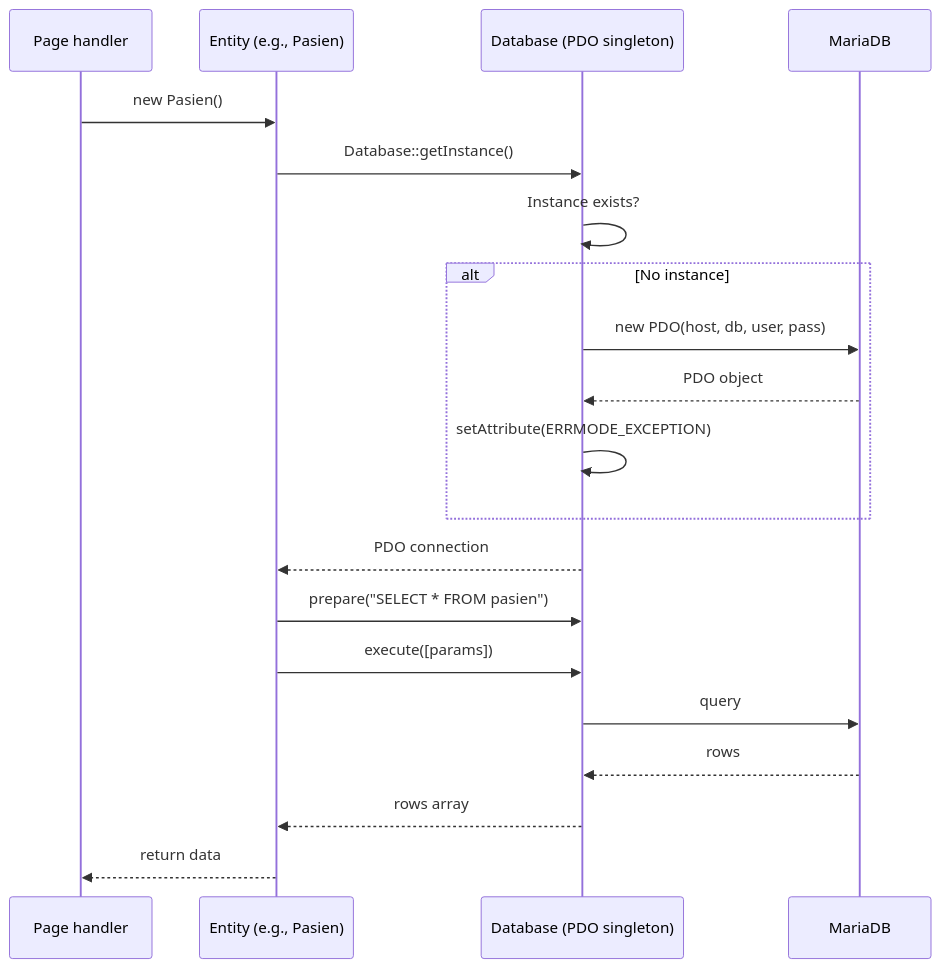
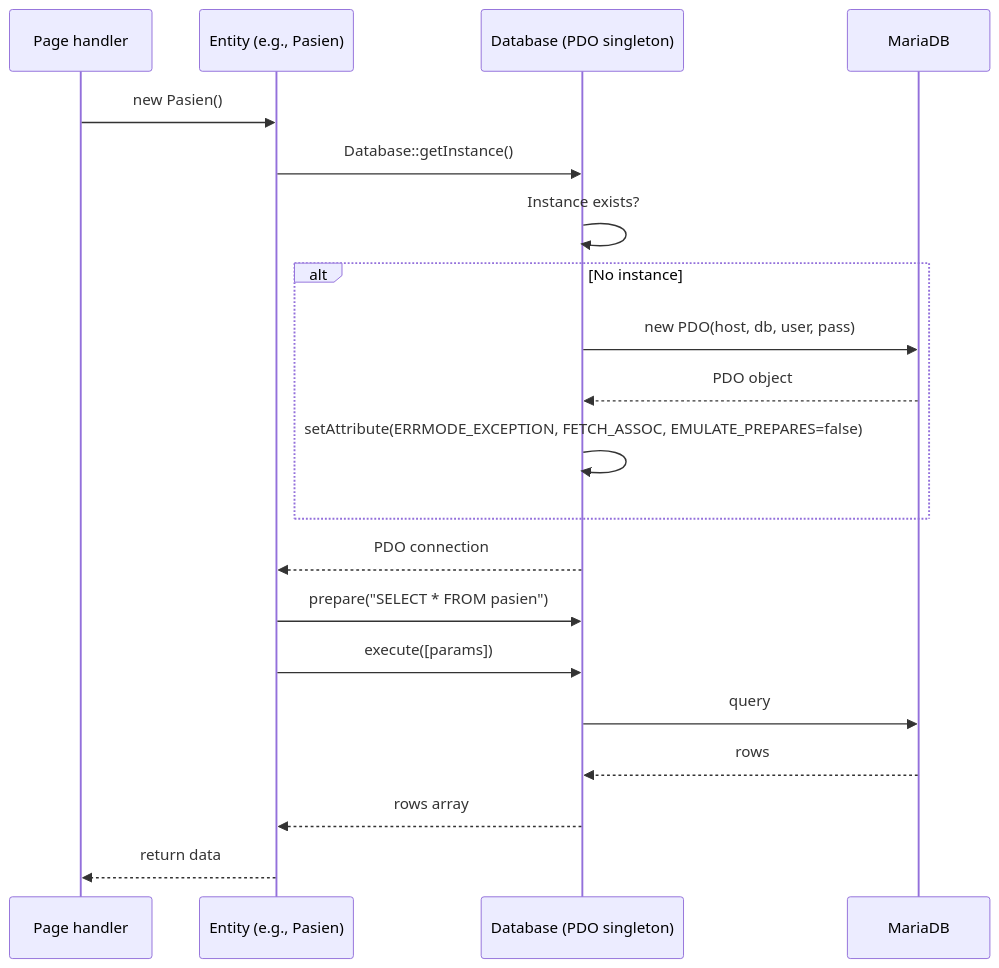
One commit to TudeOrangBiasa/silk-swarakarna-uas changed the second of 2 diagrams in docs/architecture.md. Above: the diagram before and after it, drawn with Mermaid. The commit also changed other lines of this file and 1 other file, not shown here.

First line of the commit message:
docs: full sync architecture + business-logic with codebase

````diff
--- a/docs/architecture.md
+++ b/docs/architecture.md
@@ -332,23 +421,23 @@
 ```mermaid
 sequenceDiagram
     participant P as Page handler
     participant E as Entity (e.g., Pasien)
     participant DB as Database (PDO singleton)
     participant MySQL as MariaDB
 
     P->>E: new Pasien()
     E->>DB: Database::getInstance()
     DB->>DB: Instance exists?
     alt No instance
         DB->>MySQL: new PDO(host, db, user, pass)
         MySQL-->>DB: PDO object
-        DB->>DB: setAttribute(ERRMODE_EXCEPTION)
+        DB->>DB: setAttribute(ERRMODE_EXCEPTION, FETCH_ASSOC, EMULATE_PREPARES=false)
     end
     DB-->>E: PDO connection
     E->>DB: prepare("SELECT * FROM pasien")
     E->>DB: execute([params])
     DB->>MySQL: query
     MySQL-->>DB: rows
     DB-->>E: rows array
     E-->>P: return data
 ```
````
